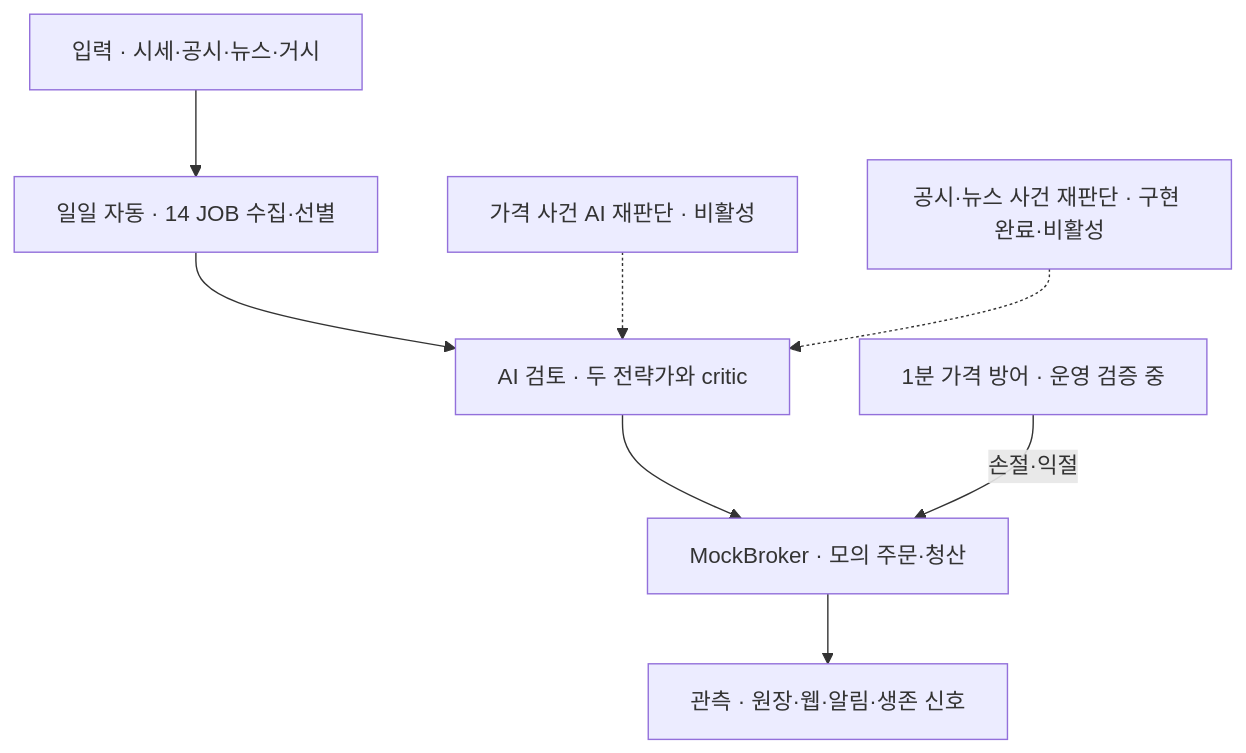
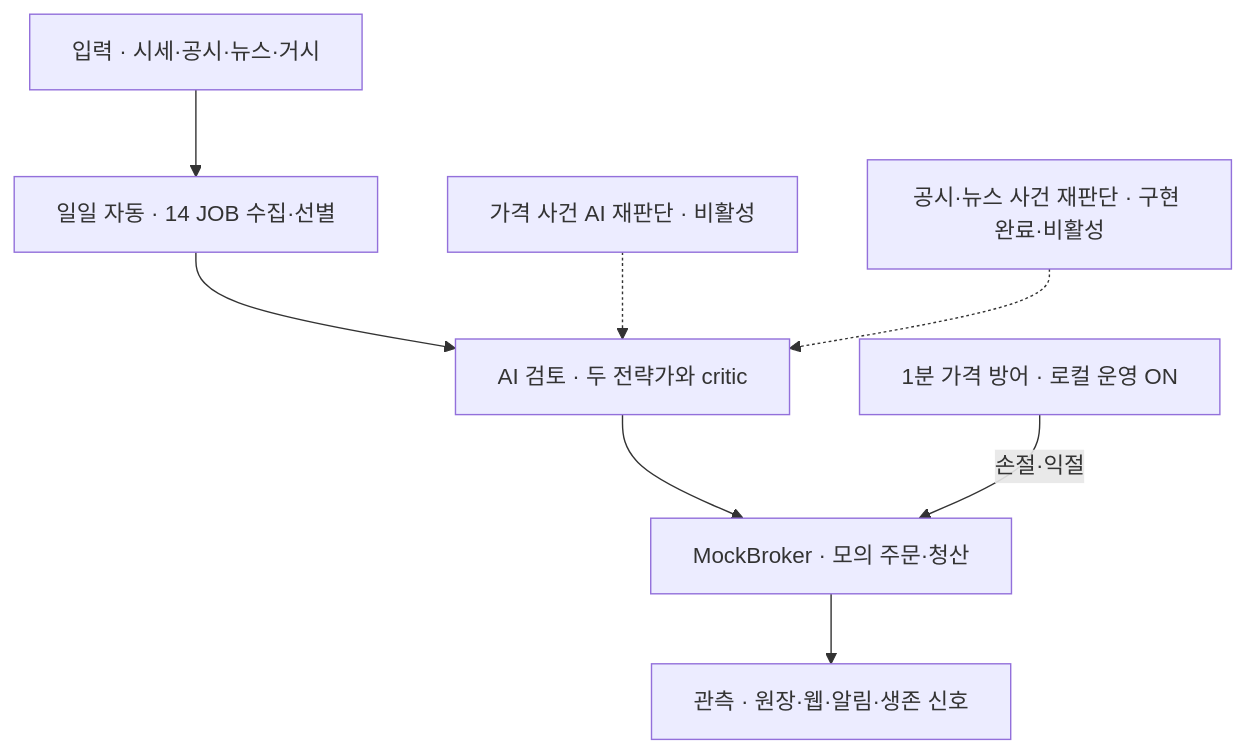
Before and after one commit to jaymunsh/quantinue: the diagram in docs/weekly-report-second-week.md, drawn with Mermaid. The commit also changed other lines of this file and 5 other files, not shown here.

````diff
--- a/docs/weekly-report-second-week.md
+++ b/docs/weekly-report-second-week.md
@@ -29,11 +29,11 @@
 ```mermaid
 flowchart TB
     A["입력 · 시세·공시·뉴스·거시"] --> B["일일 자동 · 14 JOB 수집·선별"]
     B --> C["AI 검토 · 두 전략가와 critic"]
     C --> D["MockBroker · 모의 주문·청산"]
     D --> E["관측 · 원장·웹·알림·생존 신호"]
 
-    F["1분 가격 방어 · 운영 검증 중"] -->|손절·익절| D
+    F["1분 가격 방어 · 로컬 운영 ON"] -->|손절·익절| D
     G["가격 사건 AI 재판단 · 비활성"] -.-> C
     H["공시·뉴스 사건 재판단 · 구현 완료·비활성"] -.-> C
 ```
````
